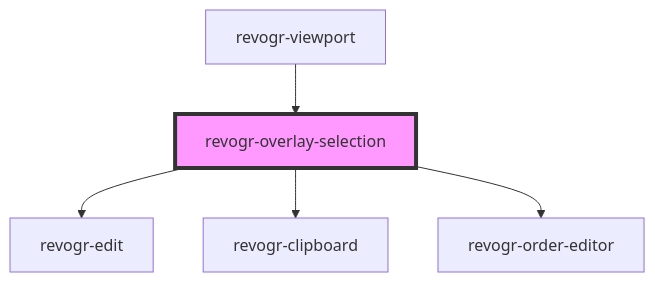
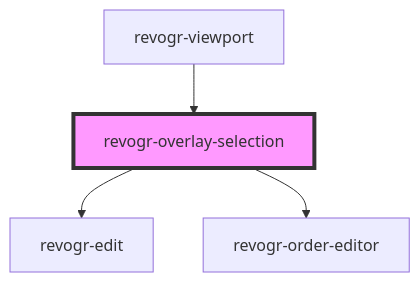
Before and after one commit to revolist/revogrid: the diagram in src/components/overlay/readme.md, drawn with Mermaid. The commit also changed other lines of this file and 23 other files, not shown here.

````diff
--- a/src/components/overlay/readme.md
+++ b/src/components/overlay/readme.md
@@ -50,8 +51,7 @@
 ```mermaid
 graph TD;
   revogr-overlay-selection --> revogr-edit
-  revogr-overlay-selection --> revogr-clipboard
   revogr-overlay-selection --> revogr-order-editor
   revogr-viewport --> revogr-overlay-selection
   style revogr-overlay-selection fill:#f9f,stroke:#333,stroke-width:4px
 ```
````
